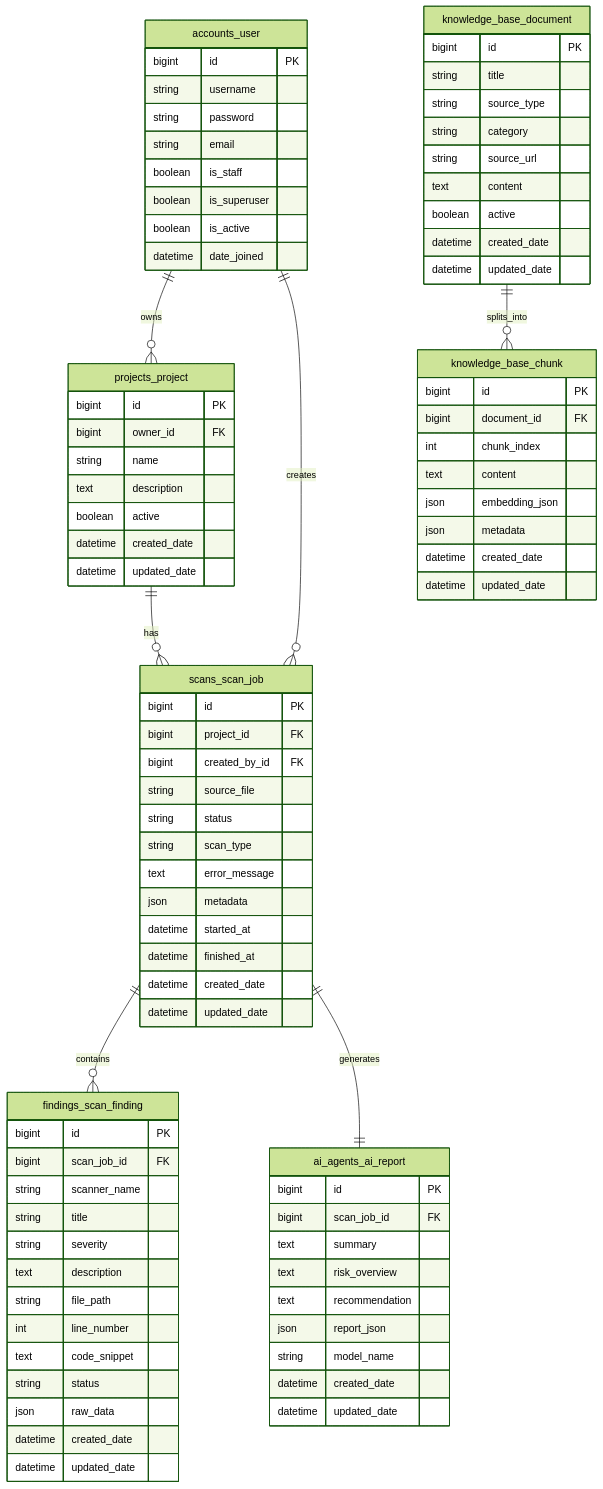
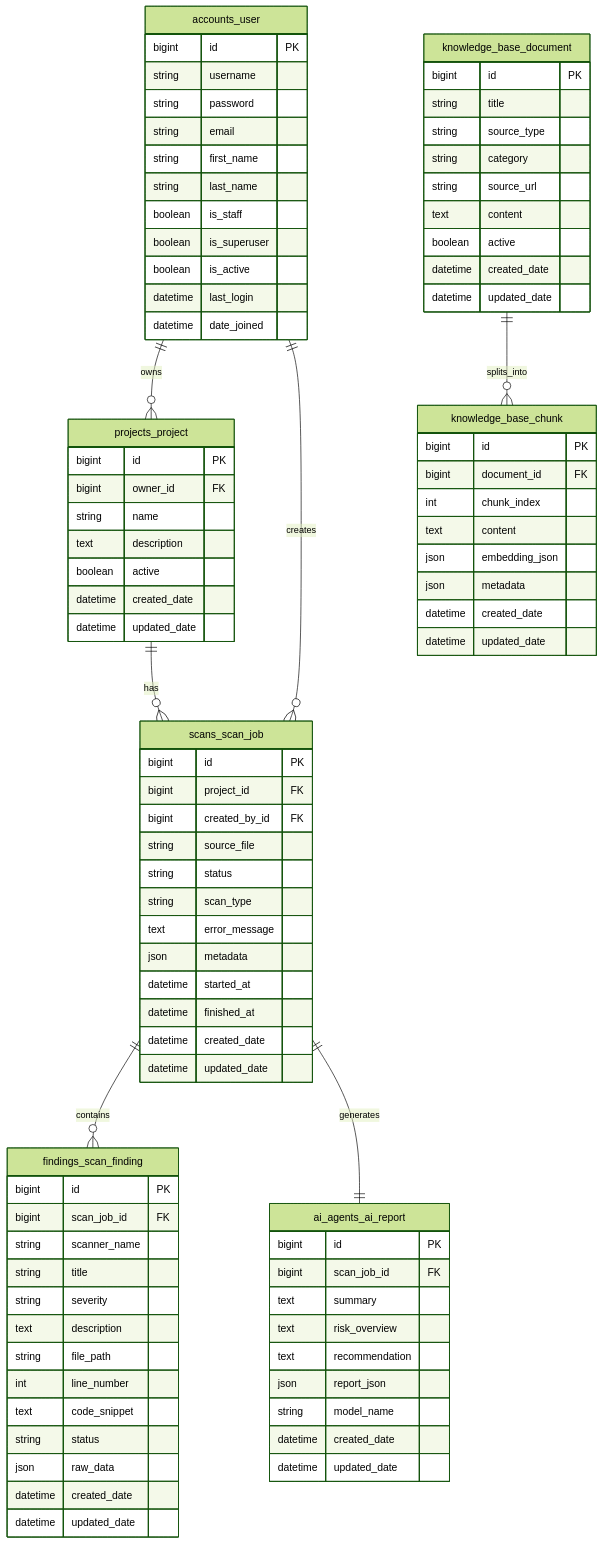
The diagram in docs/database-design.md (Cozgg/ai-devsecops-platform), drawn with Mermaid (forest theme) before and after one commit. The commit also changed other lines of this file, not shown here.

```diff
--- a/docs/database-design.md
+++ b/docs/database-design.md
@@ -194,9 +377,12 @@
         string username
         string password
         string email
+        string first_name
+        string last_name
         boolean is_staff
         boolean is_superuser
         boolean is_active
+        datetime last_login
         datetime date_joined
     }
 
```
